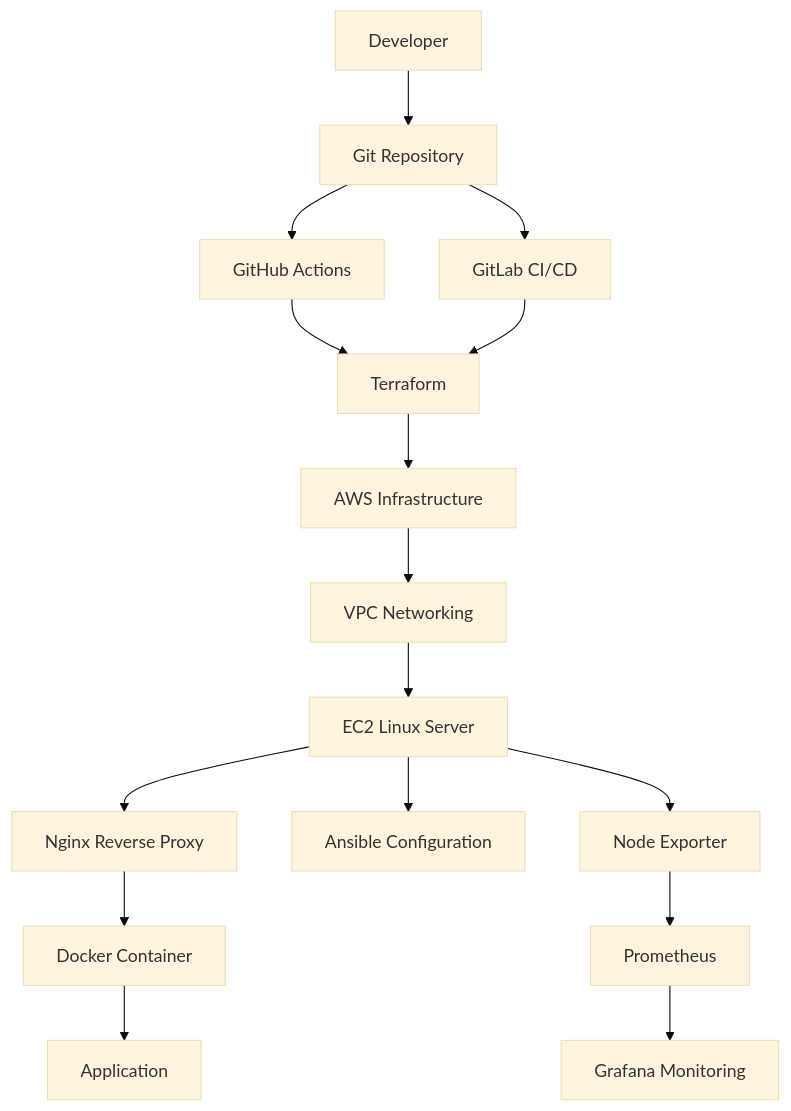
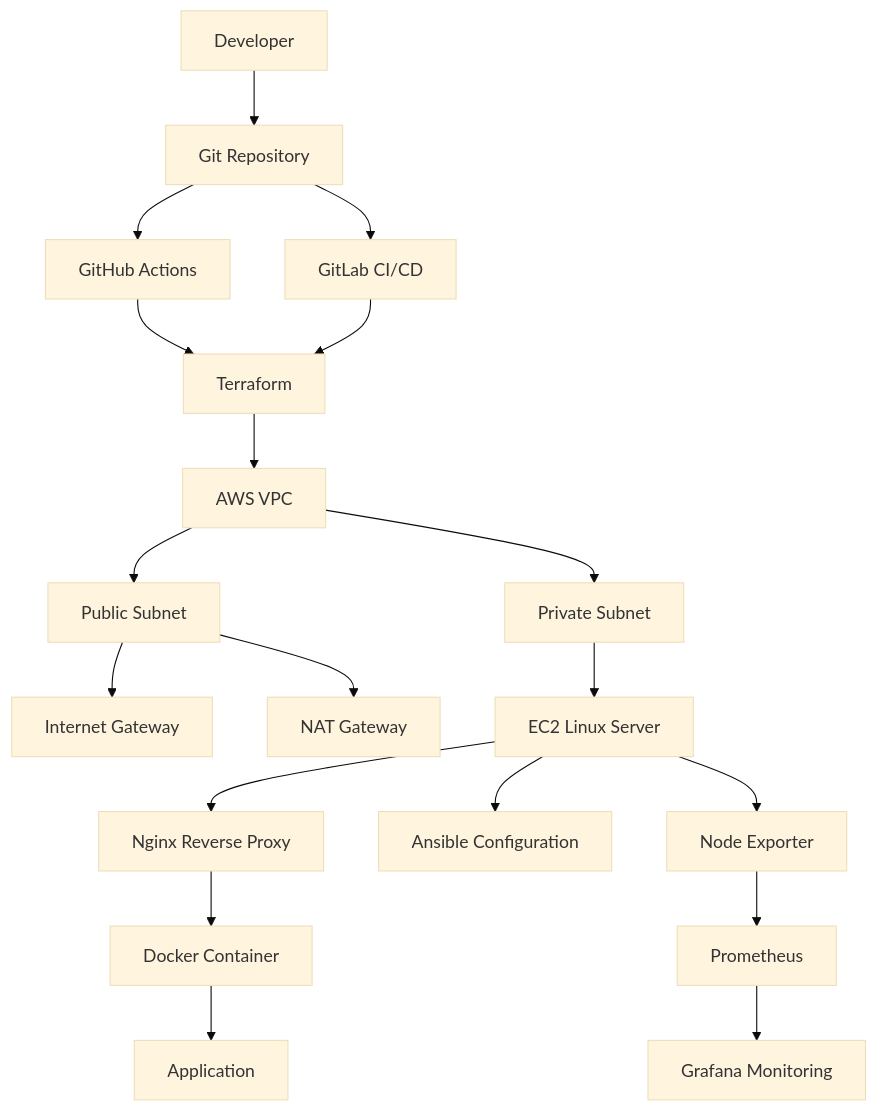
The first of 3 diagrams in README.md (Billy-lex/production-cloud-infrastructure-platform), drawn with Mermaid (base theme) before and after one commit. The commit also changed other lines of this file, not shown here.

Commit message:
docs: update architecture

````diff
--- a/README.md
+++ b/README.md
@@ -17,32 +17,37 @@
 ```mermaid
 graph TD
 
 A[Developer] --> B[Git Repository]
 
 B --> C[GitHub Actions]
 B --> D[GitLab CI/CD]
 
 C --> E[Terraform]
 D --> E
 
-E --> F[AWS Infrastructure]
+E --> F[AWS VPC]
 
-F --> G[VPC Networking]
+F --> G[Public Subnet]
 
-G --> H[EC2 Linux Server]
+G --> H[Internet Gateway]
+G --> I[NAT Gateway]
 
-H --> I[Nginx Reverse Proxy]
+F --> J[Private Subnet]
 
-I --> J[Docker Container]
+J --> K[EC2 Linux Server]
 
-J --> K[Application]
+K --> L[Nginx Reverse Proxy]
 
-H --> L[Ansible Configuration]
+L --> M[Docker Container]
 
-H --> M[Node Exporter]
+M --> N[Application]
 
-M --> N[Prometheus]
+K --> O[Ansible Configuration]
 
-N --> O[Grafana Monitoring]
+K --> P[Node Exporter]
+
+P --> Q[Prometheus]
+
+Q --> R[Grafana Monitoring]
 
 ```
````
